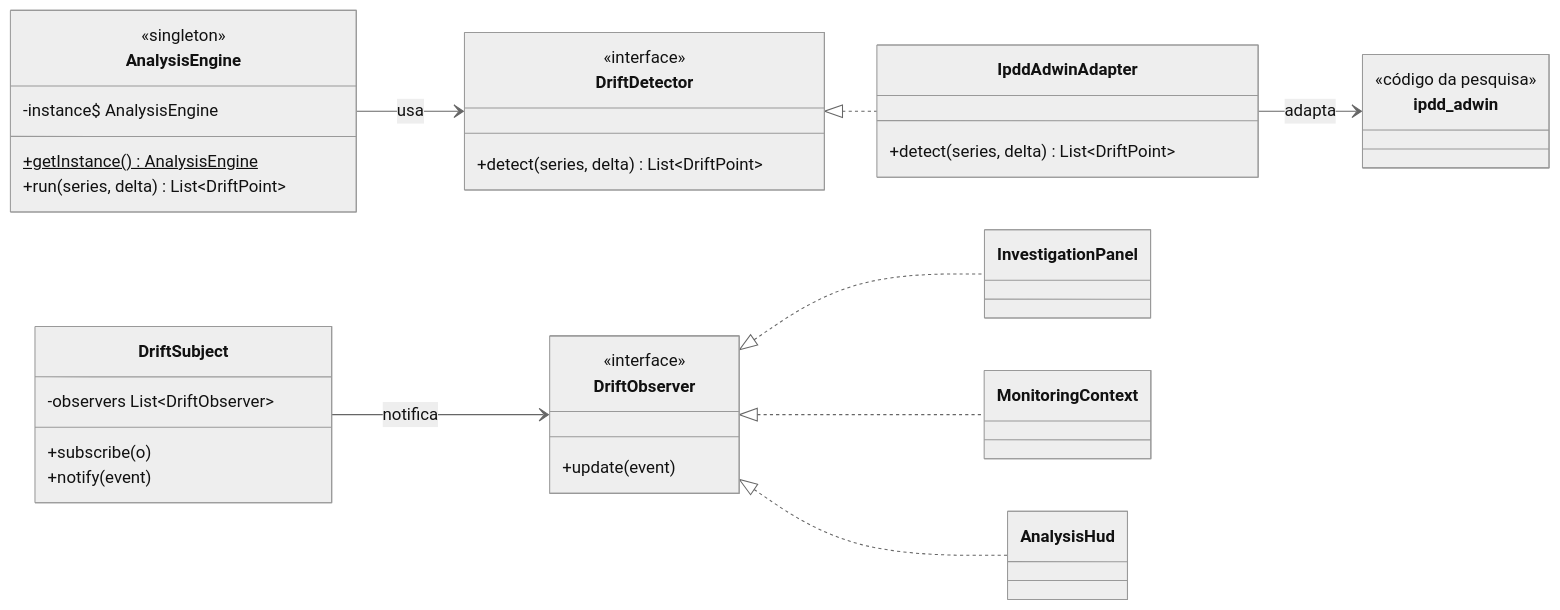
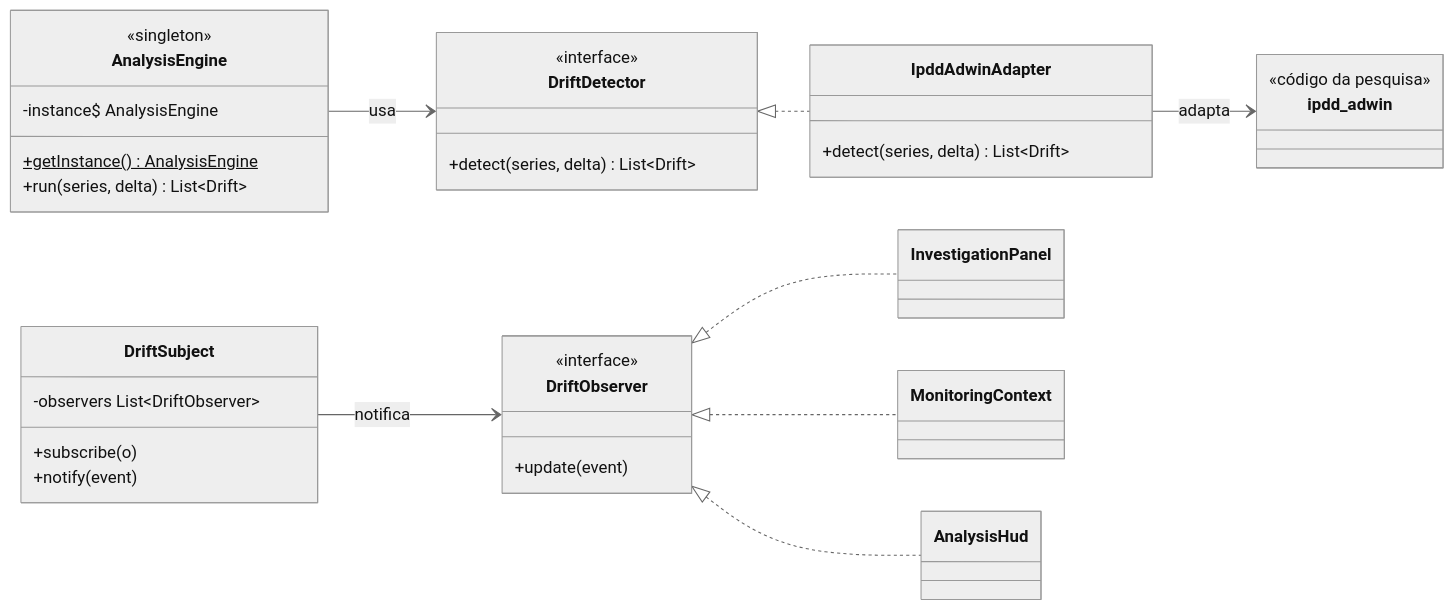
One commit to aland3r/deviante-docs changed diagram 16 of 17 in architecture/arc42.md. Above: the diagram before and after it, drawn with Mermaid (neutral theme). The commit also changed other lines of this file, not shown here.

First line of the commit message:
arc42 §1, §2, §5, §6, §8: Azure SQL serverless, máquinas e intervenções no lugar de equipamento e agenda, ER do Core com empresas e usuários

````diff
--- a/architecture/arc42.md
+++ b/architecture/arc42.md
@@ -1118,39 +1160,39 @@
 ```mermaid
 classDiagram
     direction LR
     class DriftDetector {
       <<interface>>
-      +detect(series, delta) List~DriftPoint~
+      +detect(series, delta) List~Drift~
     }
     class IpddAdwinAdapter {
-      +detect(series, delta) List~DriftPoint~
+      +detect(series, delta) List~Drift~
     }
     class ipdd_adwin {
       <<código da pesquisa>>
     }
     class AnalysisEngine {
       <<singleton>>
       -instance$ AnalysisEngine
       +getInstance()$ AnalysisEngine
-      +run(series, delta) List~DriftPoint~
+      +run(series, delta) List~Drift~
     }
     class DriftSubject {
       -observers List~DriftObserver~
       +subscribe(o)
       +notify(event)
     }
     class DriftObserver {
       <<interface>>
       +update(event)
     }
     class InvestigationPanel
     class MonitoringContext
     class AnalysisHud
     AnalysisEngine --> DriftDetector : usa
     DriftDetector <|.. IpddAdwinAdapter
     IpddAdwinAdapter --> ipdd_adwin : adapta
     DriftSubject --> DriftObserver : notifica
     DriftObserver <|.. InvestigationPanel
     DriftObserver <|.. MonitoringContext
     DriftObserver <|.. AnalysisHud
 ```
````
